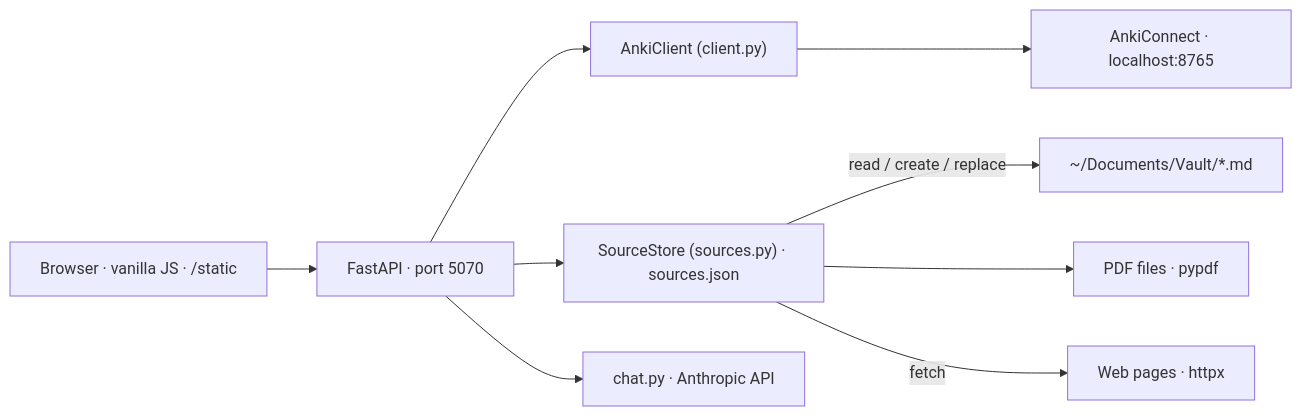
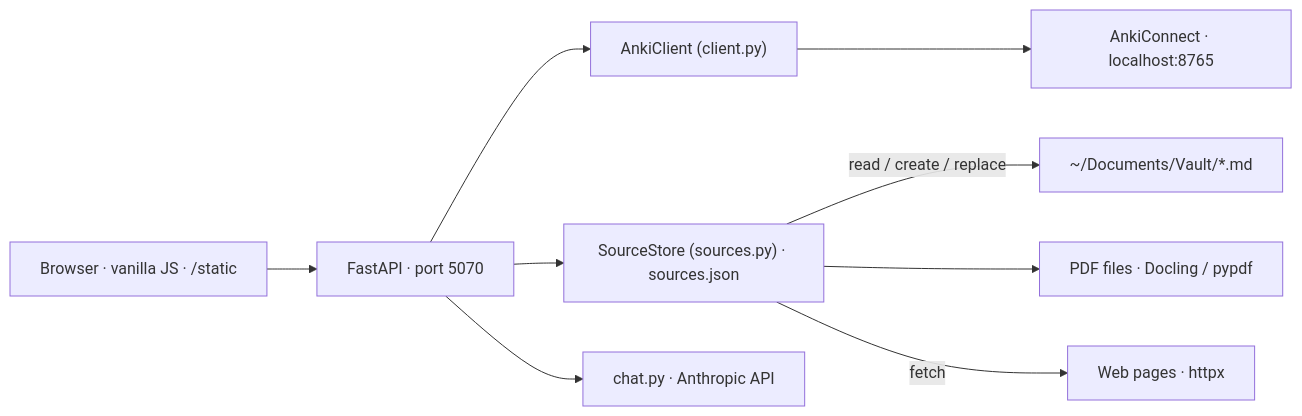
The diagram in specs/00-overview.md (Vaillus/anki_assistant), drawn with Mermaid before and after one commit. The commit also changed other lines of this file and 15 other files, not shown here.

First line of the commit message:
feat(pdf): tiered PDF access with Docling extraction and Zotero fix (#13)

````diff
--- a/specs/00-overview.md
+++ b/specs/00-overview.md
@@ -24,10 +24,10 @@
 ```mermaid
 graph LR
     UI["Browser · vanilla JS · /static"] --> API["FastAPI · port 5070"]
     API --> Client["AnkiClient (client.py)"] --> AC["AnkiConnect · localhost:8765"]
     API --> Sources["SourceStore (sources.py) · sources.json"]
     Sources -- read / create / replace --> Vault["~/Documents/Vault/*.md"]
-    Sources --> PDF["PDF files · pypdf"]
+    Sources --> PDF["PDF files · Docling / pypdf"]
     Sources -- fetch --> Web["Web pages · httpx"]
     API --> Chat["chat.py · Anthropic API"]
 ```
````
